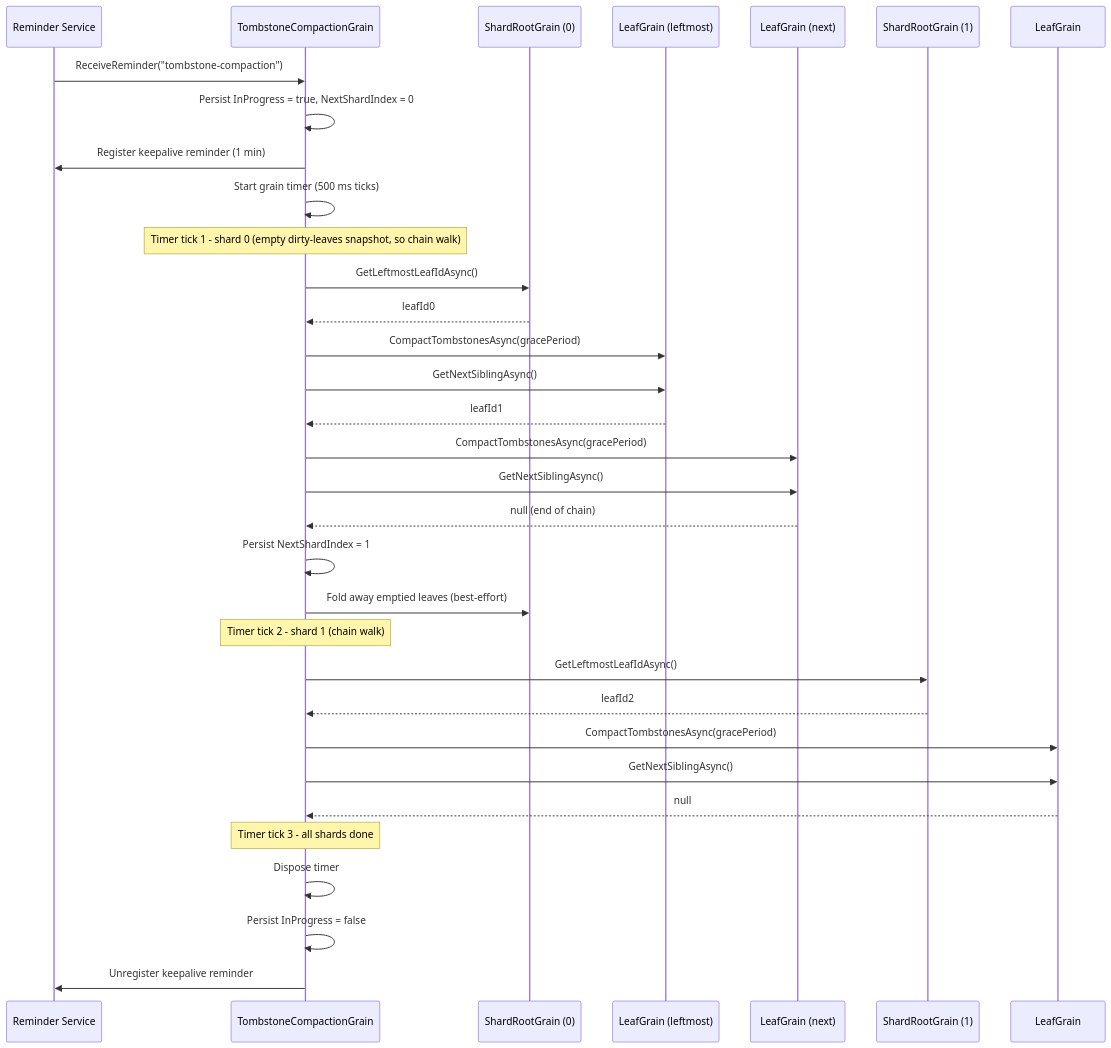
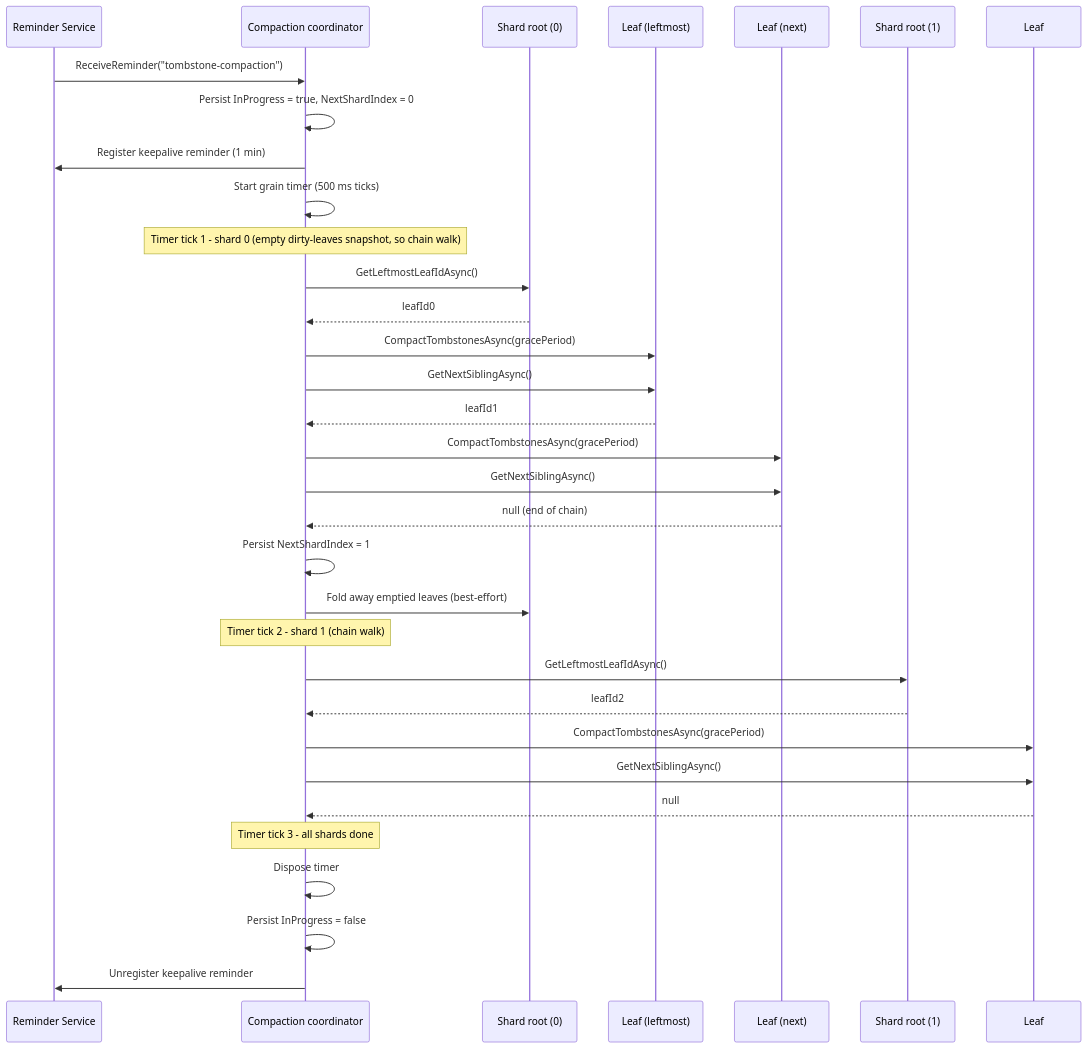
The diagram in docs/lattice/tombstone-compaction.md (NSTA1/Orleans.Lattice), drawn with Mermaid before and after one commit. The commit also changed other lines of this file and 202 other files, not shown here.

````diff
--- a/docs/lattice/tombstone-compaction.md
+++ b/docs/lattice/tombstone-compaction.md
@@ -28,39 +28,39 @@
 ```mermaid
 sequenceDiagram
     participant R as Reminder Service
-    participant C as TombstoneCompactionGrain
-    participant S0 as ShardRootGrain (0)
-    participant L0 as LeafGrain (leftmost)
-    participant L1 as LeafGrain (next)
-    participant S1 as ShardRootGrain (1)
-    participant L2 as LeafGrain
+    participant C as Compaction coordinator
+    participant S0 as Shard root (0)
+    participant L0 as Leaf (leftmost)
+    participant L1 as Leaf (next)
+    participant S1 as Shard root (1)
+    participant L2 as Leaf
 
     R->>C: ReceiveReminder("tombstone-compaction")
     C->>C: Persist InProgress = true, NextShardIndex = 0
     C->>R: Register keepalive reminder (1 min)
     C->>C: Start grain timer (500 ms ticks)
 
     Note over C: Timer tick 1 - shard 0 (empty dirty-leaves snapshot, so chain walk)
     C->>S0: GetLeftmostLeafIdAsync()
     S0-->>C: leafId0
     C->>L0: CompactTombstonesAsync(gracePeriod)
     C->>L0: GetNextSiblingAsync()
     L0-->>C: leafId1
     C->>L1: CompactTombstonesAsync(gracePeriod)
     C->>L1: GetNextSiblingAsync()
     L1-->>C: null (end of chain)
     C->>C: Persist NextShardIndex = 1
     C->>S0: Fold away emptied leaves (best-effort)
 
     Note over C: Timer tick 2 - shard 1 (chain walk)
     C->>S1: GetLeftmostLeafIdAsync()
     S1-->>C: leafId2
     C->>L2: CompactTombstonesAsync(gracePeriod)
     C->>L2: GetNextSiblingAsync()
     L2-->>C: null
 
     Note over C: Timer tick 3 - all shards done
     C->>C: Dispose timer
     C->>C: Persist InProgress = false
     C->>R: Unregister keepalive reminder
 ```
````
